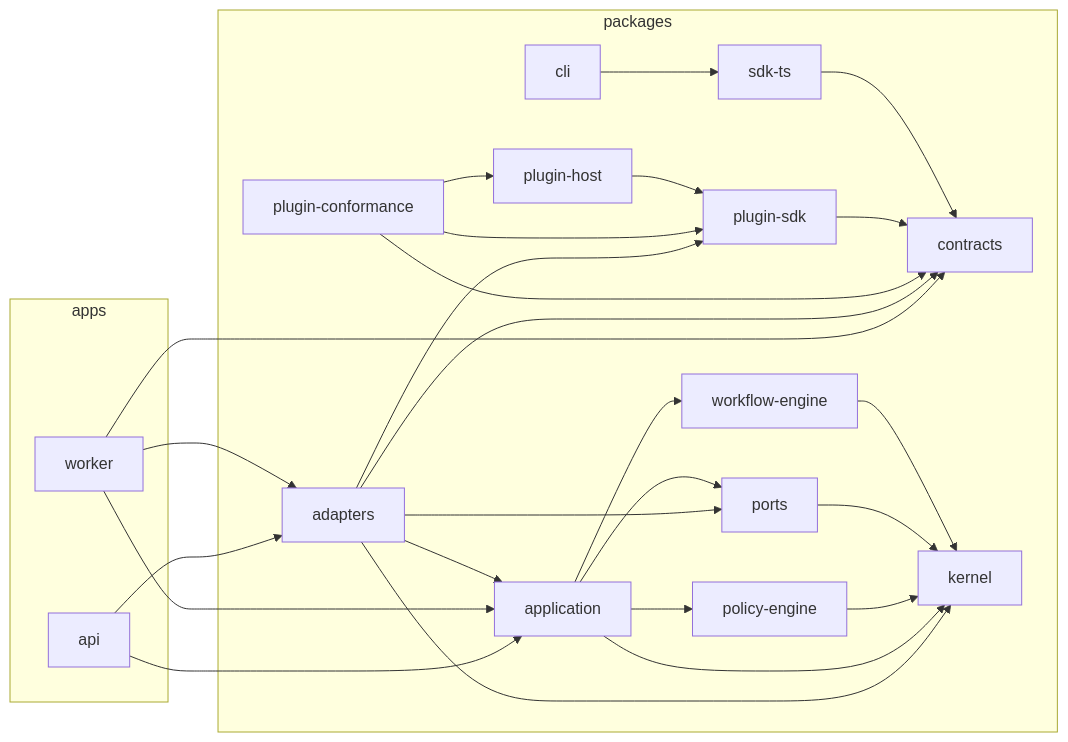
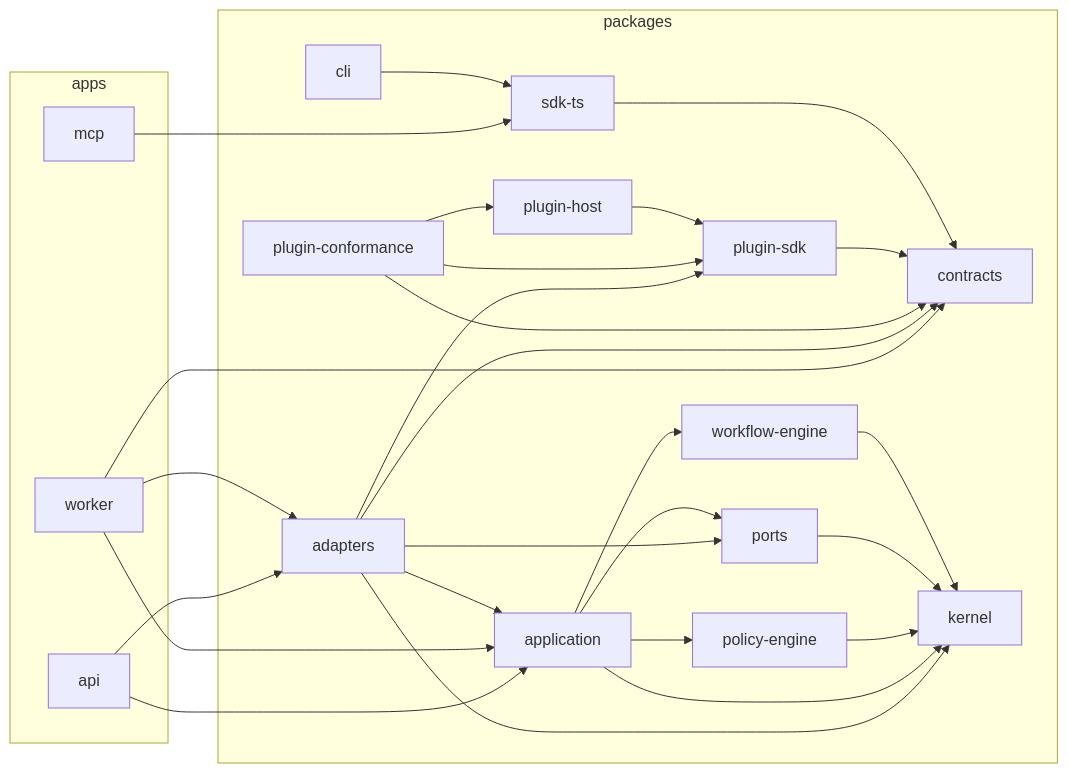
One commit to Dragon-kanji/Kurobara changed the diagram in docs/architecture/generated/module-dependencies.mmd. Above: the diagram before and after it, drawn with Mermaid. The commit also changed 128 other files, not shown here.

```diff
--- a/docs/architecture/generated/module-dependencies.mmd
+++ b/docs/architecture/generated/module-dependencies.mmd
@@ -1,44 +1,46 @@
 flowchart LR
 
 subgraph apps["apps"]
   apps_api["api"]
+  apps_mcp["mcp"]
   apps_worker["worker"]
 end
 subgraph packages["packages"]
   packages_adapters["adapters"]
   packages_application["application"]
   packages_cli["cli"]
   packages_contracts["contracts"]
   packages_kernel["kernel"]
   packages_plugin_conformance["plugin-conformance"]
   packages_plugin_host["plugin-host"]
   packages_plugin_sdk["plugin-sdk"]
   packages_policy_engine["policy-engine"]
   packages_ports["ports"]
   packages_sdk_ts["sdk-ts"]
   packages_workflow_engine["workflow-engine"]
 end
 apps_api-->packages_application
 apps_api-->packages_adapters
+apps_mcp-->packages_sdk_ts
 apps_worker-->packages_contracts
 apps_worker-->packages_application
 apps_worker-->packages_adapters
 packages_adapters-->packages_kernel
 packages_adapters-->packages_ports
 packages_adapters-->packages_plugin_sdk
 packages_adapters-->packages_application
 packages_adapters-->packages_contracts
 packages_application-->packages_kernel
 packages_application-->packages_ports
 packages_application-->packages_policy_engine
 packages_application-->packages_workflow_engine
 packages_cli-->packages_sdk_ts
 packages_plugin_conformance-->packages_plugin_sdk
 packages_plugin_conformance-->packages_contracts
 packages_plugin_conformance-->packages_plugin_host
 packages_plugin_host-->packages_plugin_sdk
 packages_plugin_sdk-->packages_contracts
 packages_policy_engine-->packages_kernel
 packages_ports-->packages_kernel
 packages_sdk_ts-->packages_contracts
 packages_workflow_engine-->packages_kernel
```
